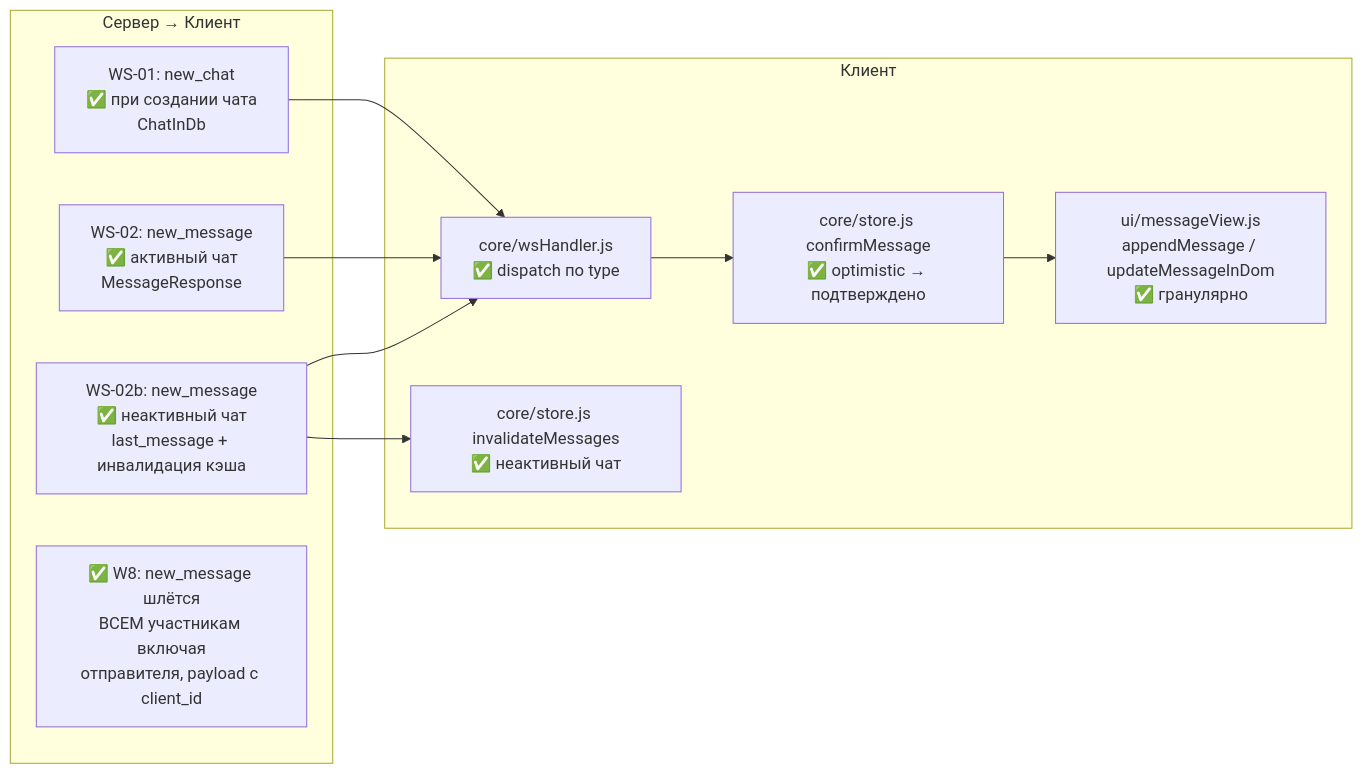
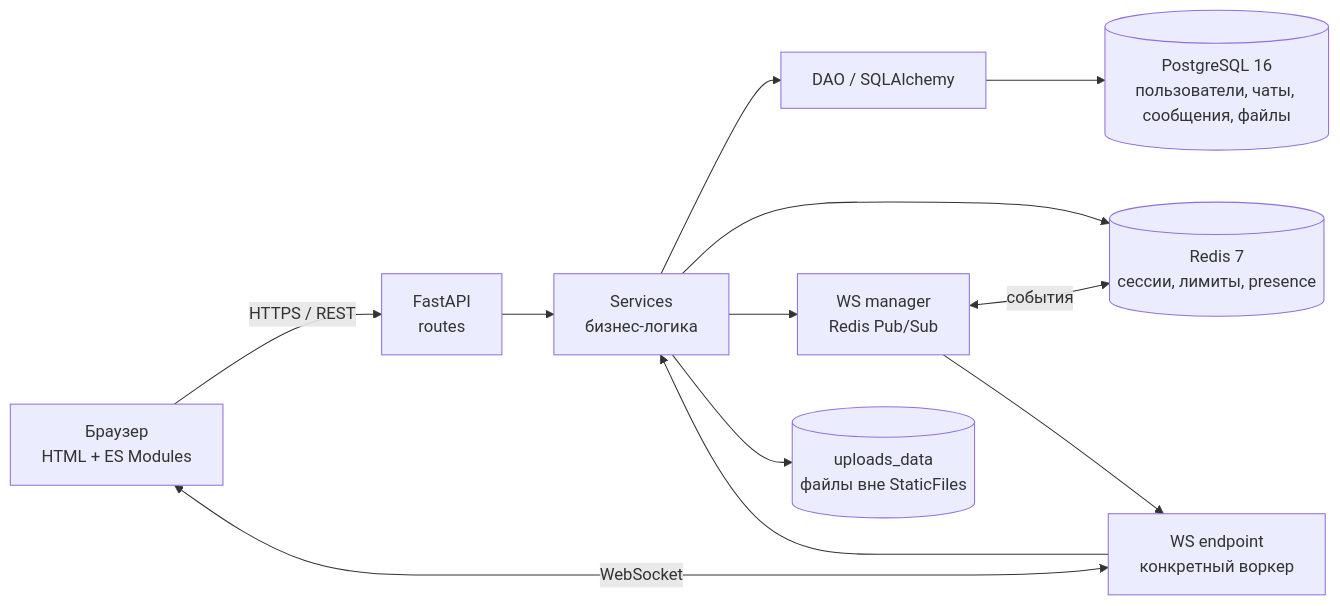
The first of 4 diagrams in docs/architecture.md (ITouch228/fastapi-realtime-messenger), drawn with Mermaid before and after one commit. The commit also changed other lines of this file and 8 other files, not shown here.

First line of the commit message:
docs: актуализировать README, диаграммы и правила Git (#14)

````diff
--- a/docs/architecture.md
+++ b/docs/architecture.md
@@ -164,23 +7,14 @@
 ```mermaid
-graph LR
-    subgraph PUSH["Сервер → Клиент"]
-        WS1[WS-01: new_chat<br/>✅ при создании чата<br/>ChatInDb]
-        WS2[WS-02: new_message<br/>✅ активный чат<br/>MessageResponse]
-        WS2B[WS-02b: new_message<br/>✅ неактивный чат<br/>last_message + инвалидация кэша]
-        Note[✅ W8: new_message шлётся<br/>ВСЕМ участникам включая<br/>отправителя, payload с client_id]
-    end
-
-    subgraph CLIENT["Клиент"]
-        H[core/wsHandler.js<br/>✅ dispatch по type]
-        S[core/store.js confirmMessage<br/>✅ optimistic → подтверждено]
-        R[ui/messageView.js<br/>appendMessage / updateMessageInDom<br/>✅ гранулярно]
-        U[core/store.js invalidateMessages<br/>✅ неактивный чат]
-    end
-
-    WS1 --> H
-    WS2 --> H
-    WS2B --> H
-    H --> S
-    S --> R
-    WS2B --> U
+flowchart LR
+    B["Браузер<br/>HTML + ES Modules"] -->|HTTPS / REST| API["FastAPI<br/>routes"]
+    B <-->|WebSocket| WS["WS endpoint<br/>конкретный воркер"]
+    API --> S["Services<br/>бизнес-логика"]
+    WS --> S
+    S --> DAO["DAO / SQLAlchemy"]
+    DAO --> PG[("PostgreSQL 16<br/>пользователи, чаты, сообщения, файлы")]
+    S --> R[("Redis 7<br/>сессии, лимиты, presence")]
+    S --> PUB["WS manager<br/>Redis Pub/Sub"]
+    PUB <-->|"события"| R
+    PUB --> WS
+    S --> UP[("uploads_data<br/>файлы вне StaticFiles")]
 ```
````
